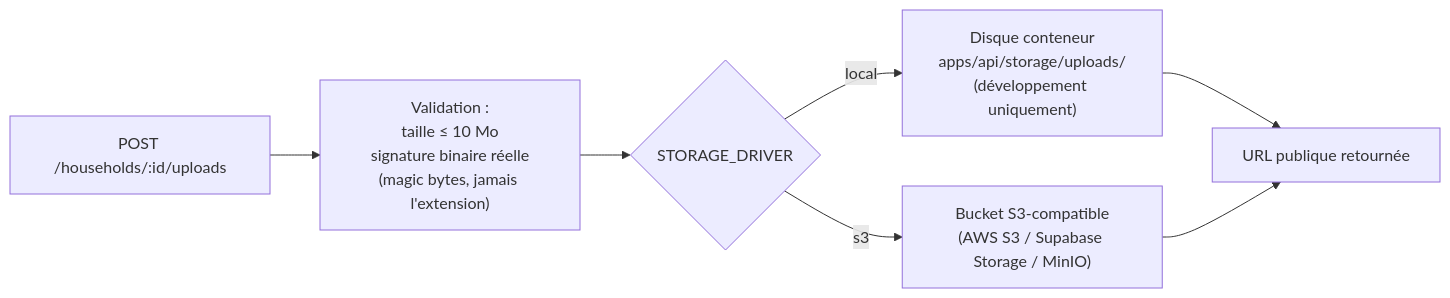
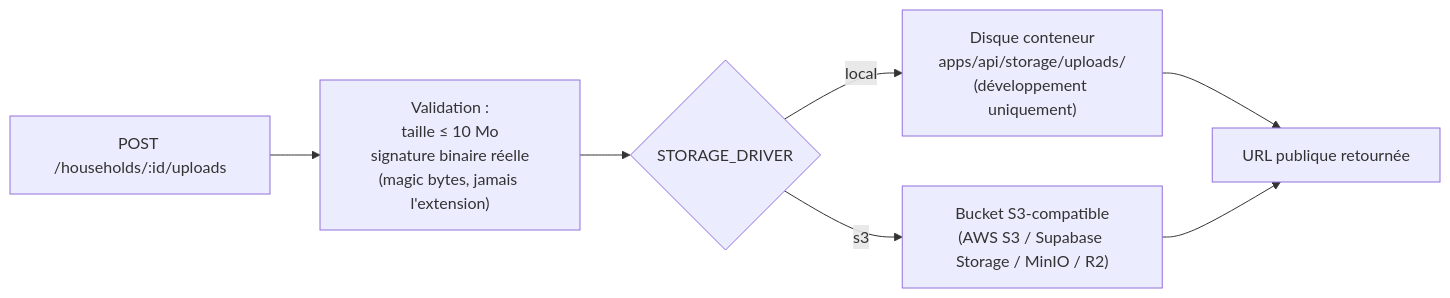
The fourth of 4 diagrams in docs/ARCHITECTURE.md (DeSousaDiego/NotreNid), drawn with Mermaid before and after one commit. The commit also changed other lines of this file and 7 other files, not shown here.

````diff
--- a/docs/ARCHITECTURE.md
+++ b/docs/ARCHITECTURE.md
@@ -95,9 +95,9 @@
 ```mermaid
 flowchart LR
     Upload[POST /households/:id/uploads] --> Validate["Validation :\ntaille ≤ 10 Mo\nsignature binaire réelle\n(magic bytes, jamais l'extension)"]
     Validate --> Driver{STORAGE_DRIVER}
     Driver -->|local| Local["Disque conteneur\napps/api/storage/uploads/\n(développement uniquement)"]
-    Driver -->|s3| S3["Bucket S3-compatible\n(AWS S3 / Supabase Storage / MinIO)"]
+    Driver -->|s3| S3["Bucket S3-compatible\n(AWS S3 / Supabase Storage / MinIO / R2)"]
     Local --> URL[URL publique retournée]
     S3 --> URL
 ```
````
